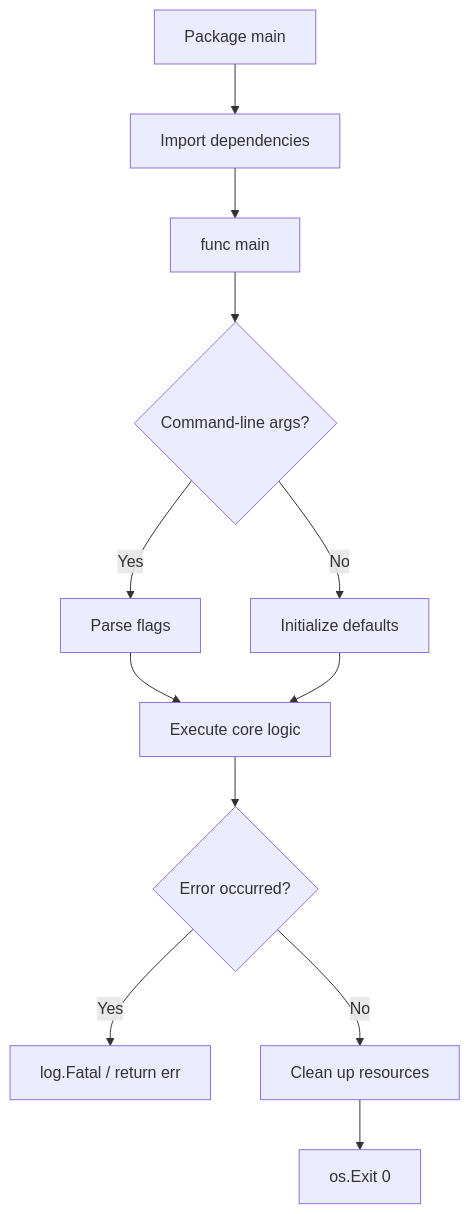
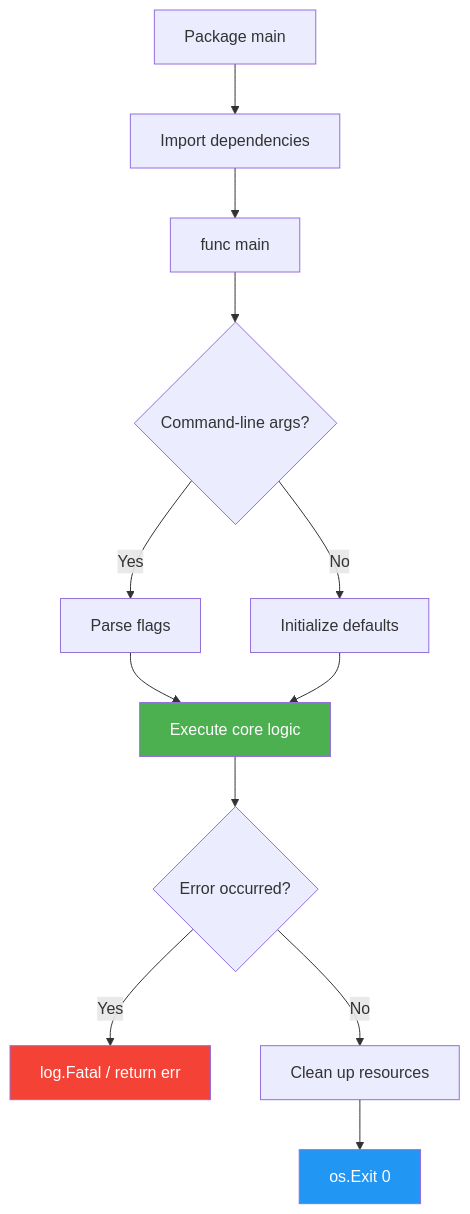
The third of 4 diagrams in Software Engineering/Go Engineering/01 - Go Fundamentals/01 - Syntax, Types, and Control Flow.md (Leito2/Learning), drawn with Mermaid before and after one commit. The commit also changed other lines of this file and 10 other files, not shown here.

Commit message:
feat: improve Go Fundamentals with deeper theory, ASCII diagrams, ML context (4179 lines total)

````diff
--- a/Software Engineering/Go Engineering/01 - Go Fundamentals/01 - Syntax, Types, and Control Flow.md
+++ b/Software Engineering/Go Engineering/01 - Go Fundamentals/01 - Syntax, Types, and Control Flow.md
@@ -196,14 +708,18 @@
 ```mermaid
 flowchart TD
     A[Package main] --> B[Import dependencies]
     B --> C[func main]
     C --> D{Command-line args?}
     D -->|Yes| E[Parse flags]
     D -->|No| F[Initialize defaults]
     E --> G[Execute core logic]
     F --> G
     G --> H{Error occurred?}
     H -->|Yes| I[log.Fatal / return err]
     H -->|No| J[Clean up resources]
     J --> K[os.Exit 0]
+    
+    style G fill:#4CAF50,color:#fff
+    style I fill:#f44336,color:#fff
+    style K fill:#2196F3,color:#fff
 ```
````
